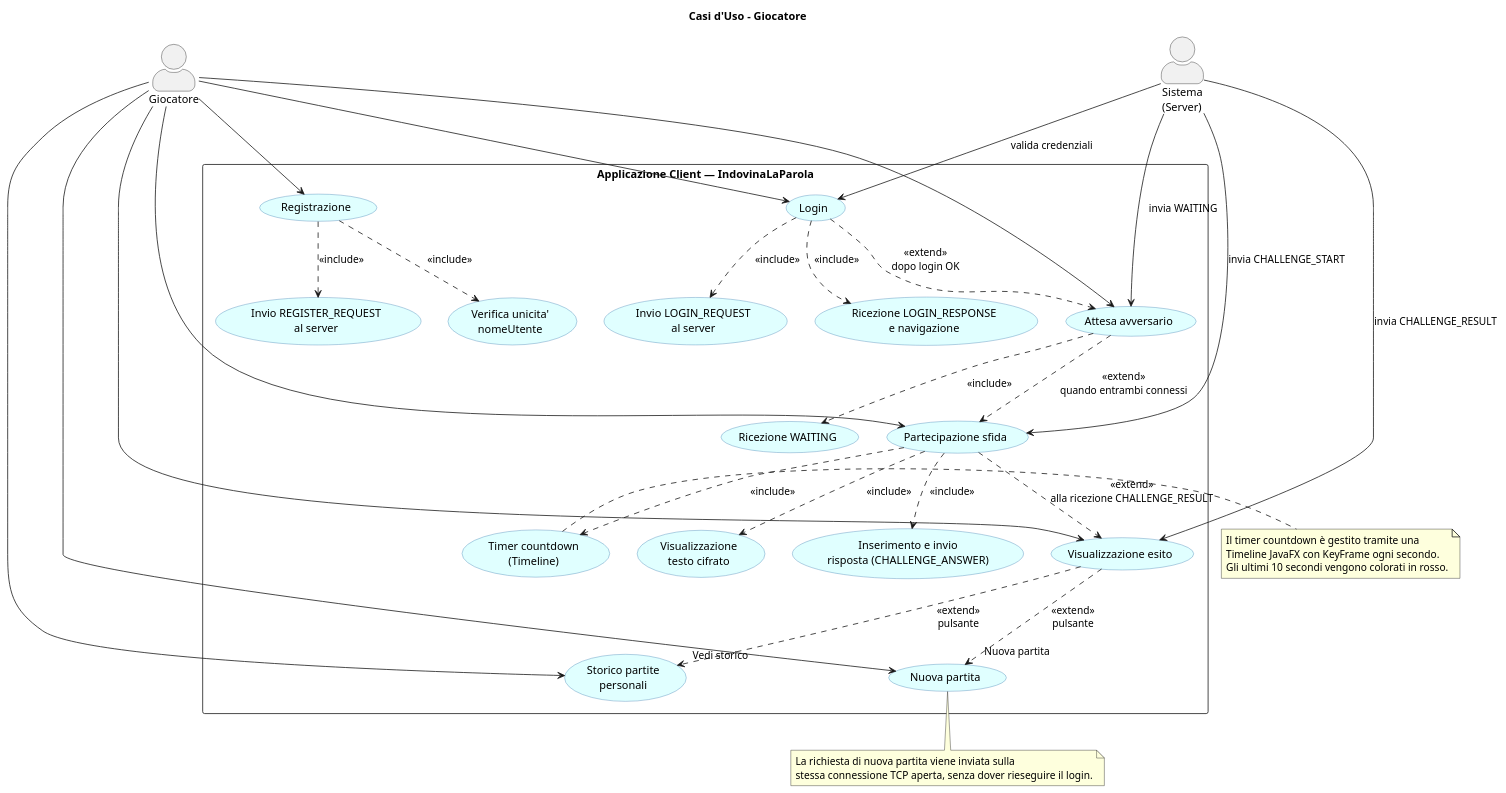
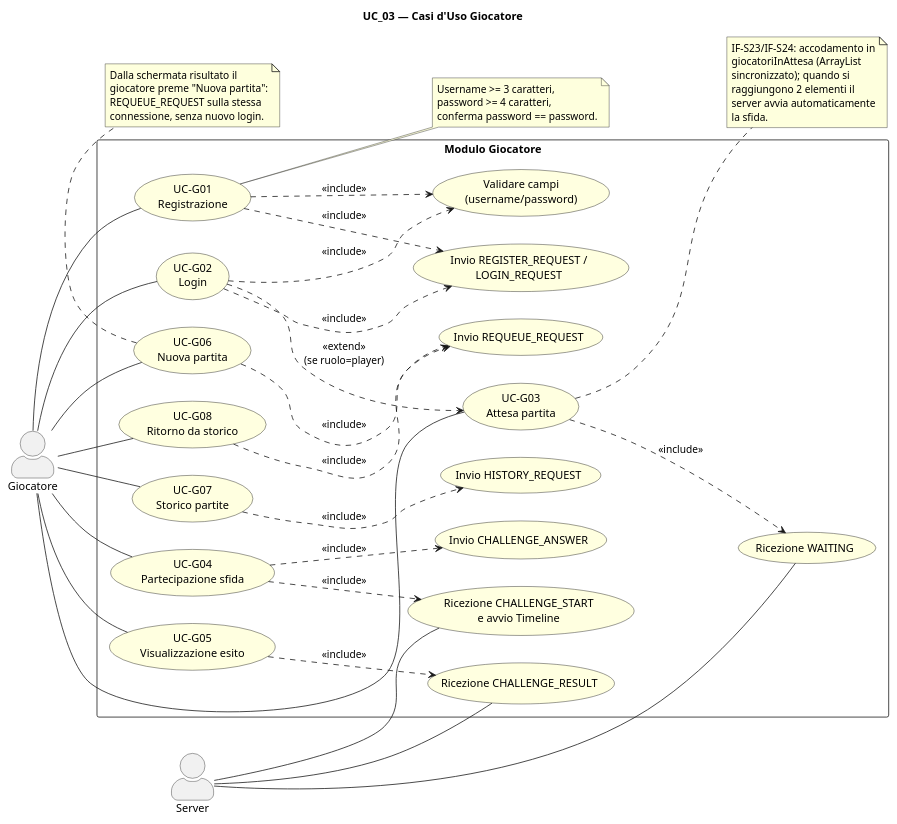
Before and after one commit to Michele-Pio-Russo/Progetto_Java_Avanzata_Gruppo_2: the diagram in Documenti/Diagrammi/UC_03_Giocatore.puml, drawn with PlantUML. The commit also changed 26 other files, not shown here.

```diff
--- a/Documenti/Diagrammi/UC_03_Giocatore.puml
+++ b/Documenti/Diagrammi/UC_03_Giocatore.puml
@@ -1,78 +1,86 @@
 @startuml UC_03_Giocatore
+left to right direction
 skinparam actorStyle awesome
 skinparam packageStyle rectangle
 skinparam usecase {
-  BackgroundColor LightCyan
-  BorderColor SteelBlue
+  BackgroundColor LightYellow
+  BorderColor Black
 }
 
-title Casi d'Uso - Giocatore
+title UC_03 — Casi d'Uso Giocatore
 
-actor "Giocatore" as Player
-actor "Sistema\n(Server)" as Server
+actor "Giocatore" as G
+actor "Server" as S
 
-rectangle "Applicazione Client — IndovinaLaParola" {
+rectangle "Modulo Giocatore" {
+  usecase "UC-G01\nRegistrazione" as UCG01
+  usecase "UC-G02\nLogin" as UCG02
+  usecase "UC-G03\nAttesa partita" as UCG03
+  usecase "UC-G04\nPartecipazione sfida" as UCG04
+  usecase "UC-G05\nVisualizzazione esito" as UCG05
+  usecase "UC-G06\nNuova partita" as UCG06
+  usecase "UC-G07\nStorico partite" as UCG07
+  usecase "UC-G08\nRitorno da storico" as UCG08
 
-  usecase "Registrazione" as G01
-  usecase "Invio REGISTER_REQUEST\nal server" as G01a
-  usecase "Verifica unicita'\nnomeUtente" as G01b
-
-  usecase "Login" as G02
-  usecase "Invio LOGIN_REQUEST\nal server" as G02a
-  usecase "Ricezione LOGIN_RESPONSE\ne navigazione" as G02b
-
-  usecase "Attesa avversario" as G03
-  usecase "Ricezione WAITING" as G03a
-
-  usecase "Partecipazione sfida" as G04
-  usecase "Visualizzazione\ntesto cifrato" as G04a
-  usecase "Timer countdown\n(Timeline)" as G04b
-  usecase "Inserimento e invio\nrisposta (CHALLENGE_ANSWER)" as G04c
-
-  usecase "Visualizzazione esito" as G05
-
-  usecase "Storico partite\npersonali" as G06
-
-  usecase "Nuova partita" as G07
+  usecase "Validare campi\n(username/password)" as UCG_VAL
+  usecase "Invio REGISTER_REQUEST /\nLOGIN_REQUEST" as UCG_SEND
+  usecase "Ricezione WAITING" as UCG_WAIT
+  usecase "Ricezione CHALLENGE_START\ne avvio Timeline" as UCG_START
+  usecase "Invio CHALLENGE_ANSWER" as UCG_ANSWER
+  usecase "Ricezione CHALLENGE_RESULT" as UCG_RESULT
+  usecase "Invio REQUEUE_REQUEST" as UCG_REQUEUE
+  usecase "Invio HISTORY_REQUEST" as UCG_HIST
 }
 
-Player --> G01
-Player --> G02
-Player --> G03
-Player --> G04
-Player --> G05
-Player --> G06
-Player --> G07
+G -- UCG01
+G -- UCG02
+G -- UCG03
+G -- UCG04
+G -- UCG05
+G -- UCG06
+G -- UCG07
+G -- UCG08
 
-Server --> G02 : valida credenziali
-Server --> G03 : invia WAITING
-Server --> G04 : invia CHALLENGE_START
-Server --> G05 : invia CHALLENGE_RESULT
+S -- UCG_WAIT
+S -- UCG_START
+S -- UCG_RESULT
 
-G01 ..> G01a : <<include>>
-G01 ..> G01b : <<include>>
-G02 ..> G02a : <<include>>
-G02 ..> G02b : <<include>>
-G03 ..> G03a : <<include>>
-G04 ..> G04a : <<include>>
-G04 ..> G04b : <<include>>
-G04 ..> G04c : <<include>>
+UCG01 ..> UCG_VAL  : <<include>>
+UCG02 ..> UCG_VAL  : <<include>>
+UCG01 ..> UCG_SEND : <<include>>
+UCG02 ..> UCG_SEND : <<include>>
 
-G02 ..> G03 : <<extend>>\ndopo login OK
-G03 ..> G04 : <<extend>>\nquando entrambi connessi
-G04 ..> G05 : <<extend>>\nalla ricezione CHALLENGE_RESULT
-G05 ..> G07 : <<extend>>\npulsante "Nuova partita"
-G05 ..> G06 : <<extend>>\npulsante "Vedi storico"
+UCG02 ..> UCG03 : <<extend>>\n(se ruolo=player)
+UCG03 ..> UCG_WAIT : <<include>>
 
-note right of G04b
-  Il timer countdown è gestito tramite una
-  Timeline JavaFX con KeyFrame ogni secondo.
-  Gli ultimi 10 secondi vengono colorati in rosso.
+UCG04 ..> UCG_START  : <<include>>
+UCG04 ..> UCG_ANSWER : <<include>>
+
+UCG05 ..> UCG_RESULT : <<include>>
+UCG06 ..> UCG_REQUEUE : <<include>>
+UCG08 ..> UCG_REQUEUE : <<include>>
+
+UCG07 ..> UCG_HIST : <<include>>
+
+note right of UCG01
+  Username >= 3 caratteri,
+  password >= 4 caratteri,
+  conferma password == password.
 end note
 
-note bottom of G07
-  La richiesta di nuova partita viene inviata sulla
-  stessa connessione TCP aperta, senza dover rieseguire il login.
+note right of UCG03
+  IF-S23/IF-S24: accodamento in
+  giocatoriInAttesa (ArrayList
+  sincronizzato); quando si
+  raggiungono 2 elementi il
+  server avvia automaticamente
+  la sfida.
 end note
 
+note bottom of UCG06
+  Dalla schermata risultato il
+  giocatore preme "Nuova partita":
+  REQUEUE_REQUEST sulla stessa
+  connessione, senza nuovo login.
+end note
 @enduml
```
